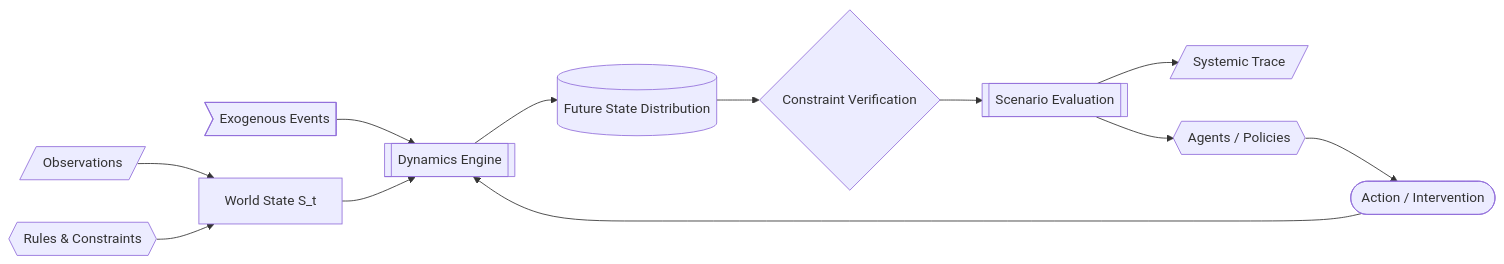
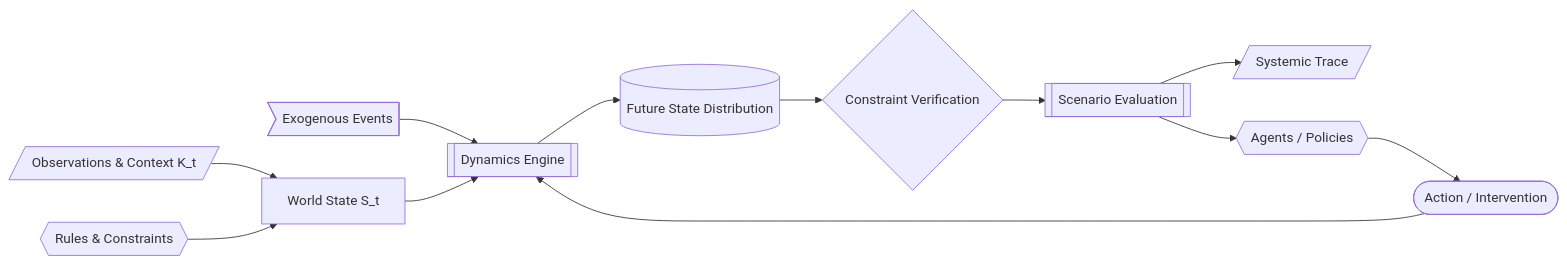
Before and after one commit to vfcarida/Enterprise-World-Model-Engine: the diagram in docs/index.md, drawn with Mermaid. The commit also changed other lines of this file and 95 other files, not shown here.

````diff
--- a/docs/index.md
+++ b/docs/index.md
@@ -47,16 +48,16 @@
 ```mermaid
 flowchart LR
     accTitle: Enterprise World Model Engine Dataflow Pipeline
     accDescr: End-to-end dataflow showing state observations and rules initializing the world state, feeding through the dynamics engine with actions and exogenous events to project future state distributions.
-    OBS[/"Observations"/] --> STATE["World State S_t"]
+    OBS[/"Observations & Context K_t"/] --> STATE["World State S_t"]
     RULES{{"Rules & Constraints"}} --> STATE
     EVENTS>Exogenous Events] --> ENGINE[["Dynamics Engine"]]
     STATE --> ENGINE
     ACTION(["Action / Intervention"]) --> ENGINE
     ENGINE --> FUTURE[("Future State Distribution")]
     FUTURE --> VERIFY{"Constraint Verification"}
     VERIFY --> EVAL[["Scenario Evaluation"]]
     EVAL --> TRACE[/"Systemic Trace"/]
     AGENTS{{"Agents / Policies"}} --> ACTION
     EVAL --> AGENTS
 ```
````
